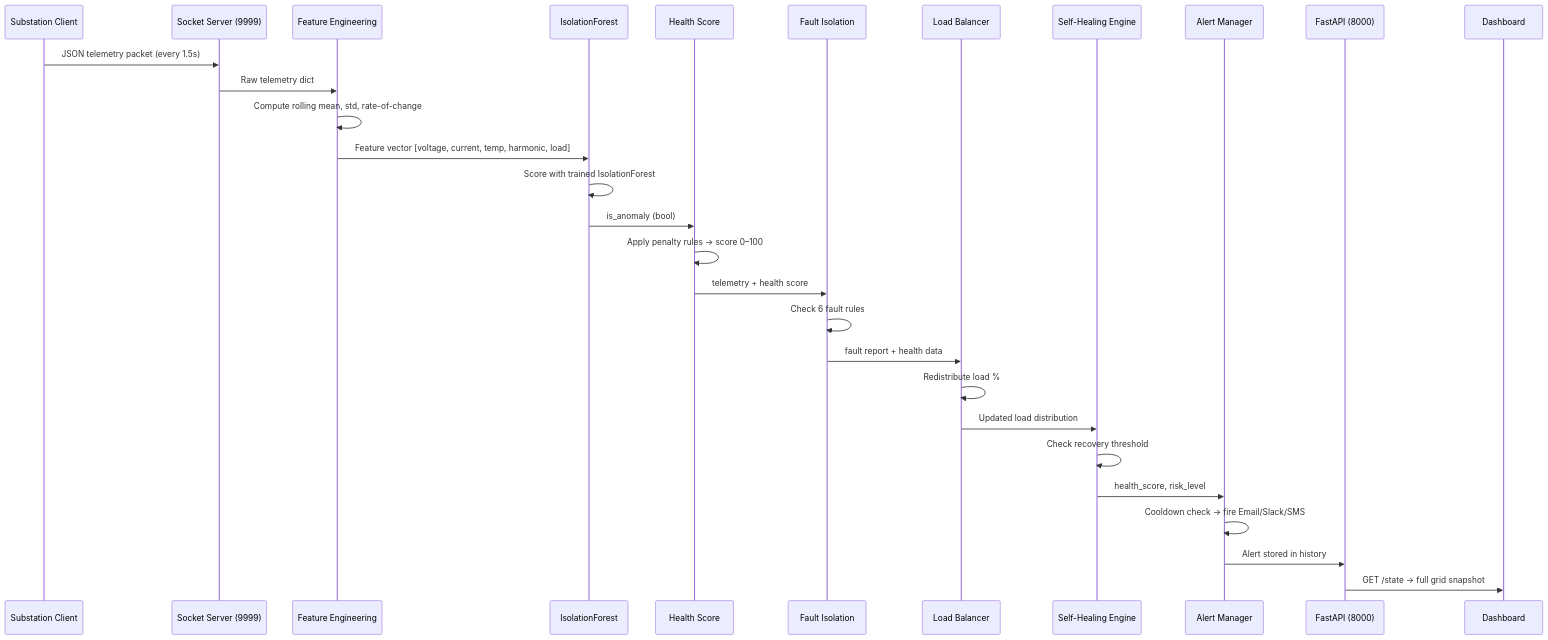
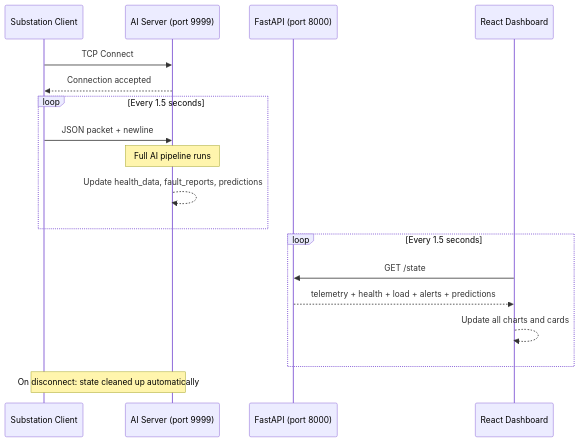
Before and after one commit to ManishKudtarkar/INDUSTRIAL-SMART-GRID-AI: the fourth of 5 diagrams in README.md, drawn with Mermaid. The commit also changed other lines of this file and 40 other files, not shown here.

````diff
--- a/README.md
+++ b/README.md
@@ -128,32 +199,24 @@
 ```mermaid
 sequenceDiagram
     participant SUB as Substation Client
-    participant SOCK as Socket Server (9999)
-    participant FE as Feature Engineering
-    participant IF as IsolationForest
-    participant HS as Health Score
-    participant FI as Fault Isolation
-    participant LB as Load Balancer
-    participant SH as Self-Healing Engine
-    participant AM as Alert Manager
-    participant API as FastAPI (8000)
-    participant DASH as Dashboard
+    participant SRV as AI Server (port 9999)
+    participant API as FastAPI (port 8000)
+    participant DASH as React Dashboard
 
-    SUB->>SOCK: JSON telemetry packet (every 1.5s)
-    SOCK->>FE: Raw telemetry dict
-    FE->>FE: Compute rolling mean, std, rate-of-change
-    FE->>IF: Feature vector [voltage, current, temp, harmonic, load]
-    IF->>IF: Score with trained IsolationForest
-    IF->>HS: is_anomaly (bool)
-    HS->>HS: Apply penalty rules → score 0–100
-    HS->>FI: telemetry + health score
-    FI->>FI: Check 6 fault rules
-    FI->>LB: fault report + health data
-    LB->>LB: Redistribute load %
-    LB->>SH: Updated load distribution
-    SH->>SH: Check recovery threshold
-    SH->>AM: health_score, risk_level
-    AM->>AM: Cooldown check → fire Email/Slack/SMS
-    AM->>API: Alert stored in history
-    API->>DASH: GET /state → full grid snapshot
+    SUB->>SRV: TCP Connect
+    SRV-->>SUB: Connection accepted
+
+    loop Every 1.5 seconds
+        SUB->>SRV: JSON packet + newline
+        Note over SRV: Full AI pipeline runs
+        SRV-->>SRV: Update health_data, fault_reports, predictions
+    end
+
+    loop Every 1.5 seconds
+        DASH->>API: GET /state
+        API-->>DASH: telemetry + health + load + alerts + predictions
+        DASH-->>DASH: Update all charts and cards
+    end
+
+    Note over SUB,SRV: On disconnect: state cleaned up automatically
 ```
````
